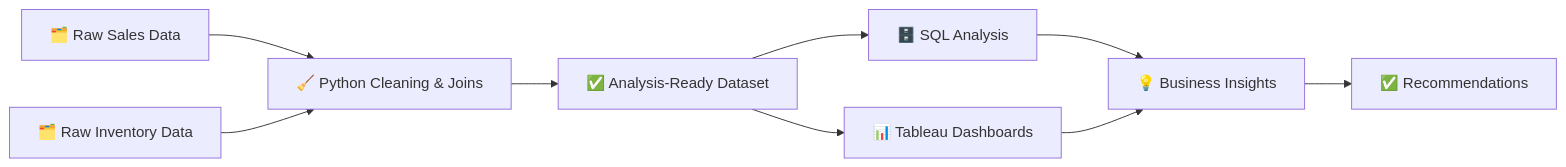
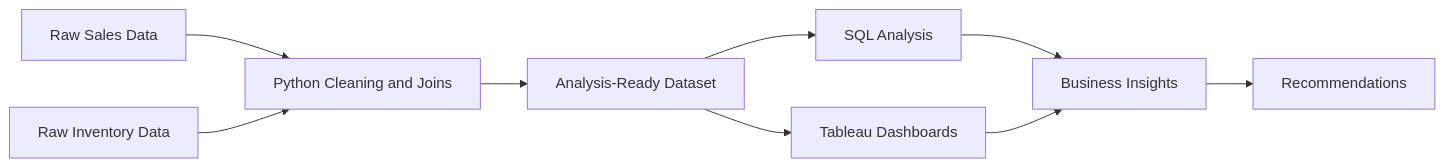
The diagram in README.md (aditya-pandey-data/retail-sales-inventory-analysis), drawn with Mermaid before and after one commit. The commit also changed other lines of this file, not shown here.

````diff
--- a/README.md
+++ b/README.md
@@ -103,11 +103,11 @@
 ```mermaid
 flowchart LR
-    A[🗂️ Raw Sales Data] --> C[🧹 Python Cleaning & Joins]
-    B[🗂️ Raw Inventory Data] --> C
-    C --> D[✅ Analysis-Ready Dataset]
-    D --> E[🗄️ SQL Analysis]
-    D --> F[📊 Tableau Dashboards]
-    E --> G[💡 Business Insights]
+    A[Raw Sales Data] --> C[Python Cleaning and Joins]
+    B[Raw Inventory Data] --> C
+    C --> D[Analysis-Ready Dataset]
+    D --> E[SQL Analysis]
+    D --> F[Tableau Dashboards]
+    E --> G[Business Insights]
     F --> G
-    G --> H[✅ Recommendations]
+    G --> H[Recommendations]
 ```
````
